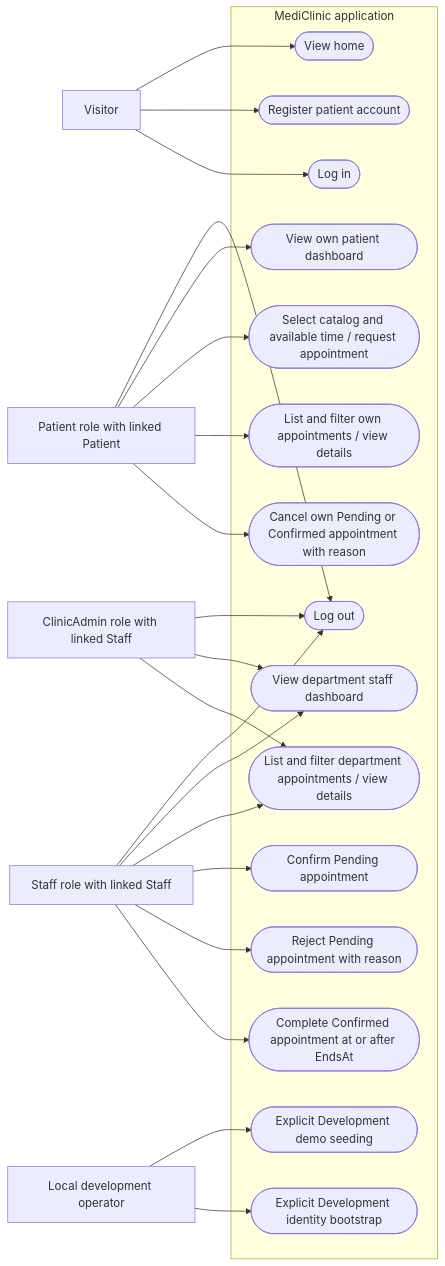
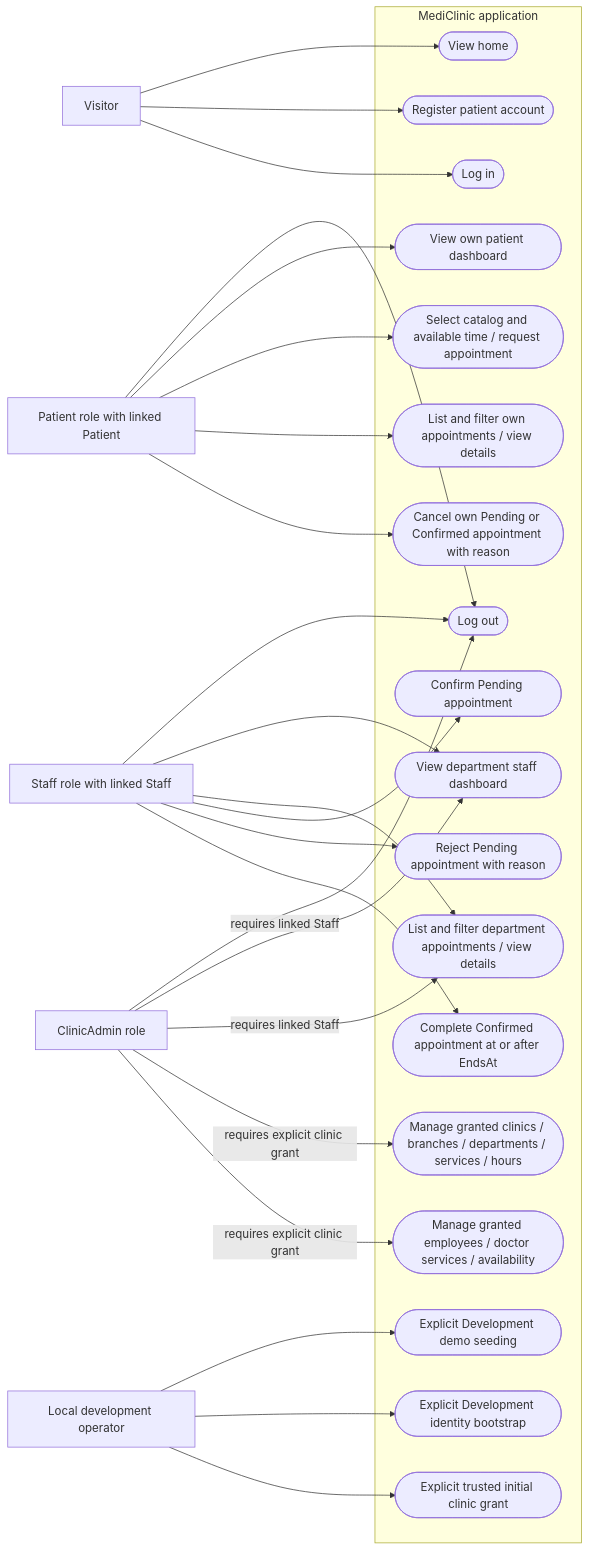
Before and after one commit to merveustunel/mediclinic: the diagram in docs/uml/use-cases.md, drawn with Mermaid. The commit also changed other lines of this file and 15 other files, not shown here.

````diff
--- a/docs/uml/use-cases.md
+++ b/docs/uml/use-cases.md
@@ -5,44 +5,50 @@
 ```mermaid
 flowchart LR
     Visitor[Visitor]
     Patient[Patient role with linked Patient]
     Staff[Staff role with linked Staff]
-    Admin[ClinicAdmin role with linked Staff]
+    Admin[ClinicAdmin role]
     Operator[Local development operator]
     subgraph MVC[MediClinic application]
         Home([View home])
         Register([Register patient account])
         Login([Log in])
         Logout([Log out])
         PD([View own patient dashboard])
         Book([Select catalog and available time / request appointment])
         Own([List and filter own appointments / view details])
         Cancel([Cancel own Pending or Confirmed appointment with reason])
         SD([View department staff dashboard])
         Review([List and filter department appointments / view details])
         Confirm([Confirm Pending appointment])
         Reject([Reject Pending appointment with reason])
         Complete([Complete Confirmed appointment at or after EndsAt])
         Seed([Explicit Development demo seeding])
         Bootstrap([Explicit Development identity bootstrap])
+        Catalog([Manage granted clinics / branches / departments / services / hours])
+        Employees([Manage granted employees / doctor services / availability])
+        Grant([Explicit trusted initial clinic grant])
     end
     Visitor --> Home
     Visitor --> Register
     Visitor --> Login
     Patient --> Logout
     Patient --> PD
     Patient --> Book
     Patient --> Own
     Patient --> Cancel
     Staff --> Logout
     Staff --> SD
     Staff --> Review
     Staff --> Confirm
     Staff --> Reject
     Staff --> Complete
     Admin --> Logout
-    Admin --> SD
-    Admin --> Review
+    Admin -->|requires linked Staff| SD
+    Admin -->|requires linked Staff| Review
+    Admin -->|requires explicit clinic grant| Catalog
+    Admin -->|requires explicit clinic grant| Employees
     Operator --> Seed
     Operator --> Bootstrap
+    Operator --> Grant
 ```
````
